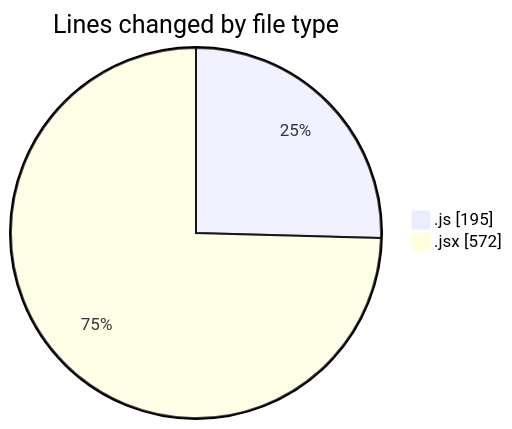
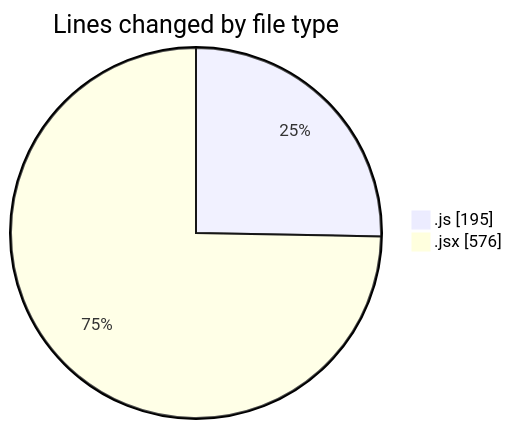
Before and after one commit to nxtqubesakshisongat/code-tracking: the first of 2 diagrams in 2025-06-07/nxtqube_webapp/README.md, drawn with Mermaid. The commit also changed other lines of this file and 1 other file, not shown here.

````diff
--- a/2025-06-07/nxtqube_webapp/README.md
+++ b/2025-06-07/nxtqube_webapp/README.md
@@ -23,6 +23,6 @@
 ```mermaid
 pie showData
 title Lines changed by file type
 ".js" : 195
-".jsx" : 572
+".jsx" : 576
 ```
````
